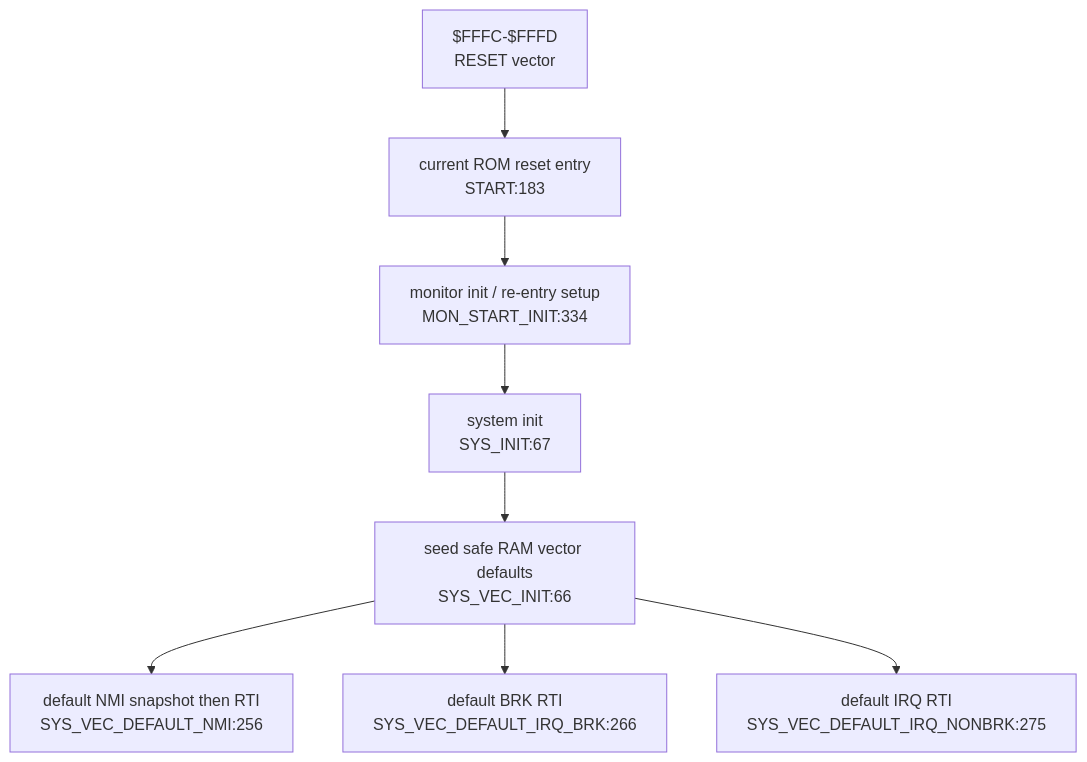
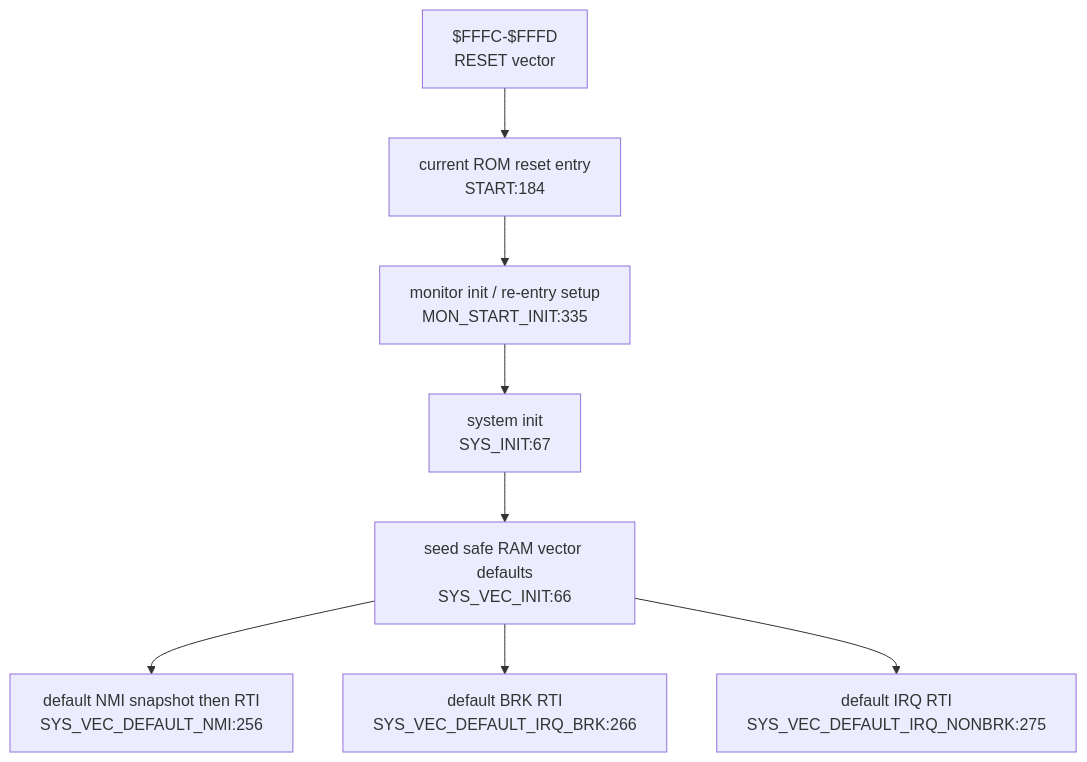
The second of 6 diagrams in DOC/GENERATED/INTERRUPT_VECTOR_MAP.md (95westus/R-YORS), drawn with Mermaid before and after one commit. The commit also changed other lines of this file and 58 other files, not shown here.

````diff
--- a/DOC/GENERATED/INTERRUPT_VECTOR_MAP.md
+++ b/DOC/GENERATED/INTERRUPT_VECTOR_MAP.md
@@ -37,10 +37,10 @@
 ```mermaid
 flowchart TD
-    RESETV["$FFFC-$FFFD<br/>RESET vector"] --> STARTN["current ROM reset entry<br/>START:183"]
-    STARTN --> INIT["monitor init / re-entry setup<br/>MON_START_INIT:334"]
+    RESETV["$FFFC-$FFFD<br/>RESET vector"] --> STARTN["current ROM reset entry<br/>START:184"]
+    STARTN --> INIT["monitor init / re-entry setup<br/>MON_START_INIT:335"]
     INIT --> SYSINIT["system init<br/>SYS_INIT:67"]
     SYSINIT --> VECINIT["seed safe RAM vector defaults<br/>SYS_VEC_INIT:66"]
     VECINIT --> DEFNMI["default NMI snapshot then RTI<br/>SYS_VEC_DEFAULT_NMI:256"]
     VECINIT --> DEFBRK["default BRK RTI<br/>SYS_VEC_DEFAULT_IRQ_BRK:266"]
     VECINIT --> DEFIRQ["default IRQ RTI<br/>SYS_VEC_DEFAULT_IRQ_NONBRK:275"]
 ```
````
